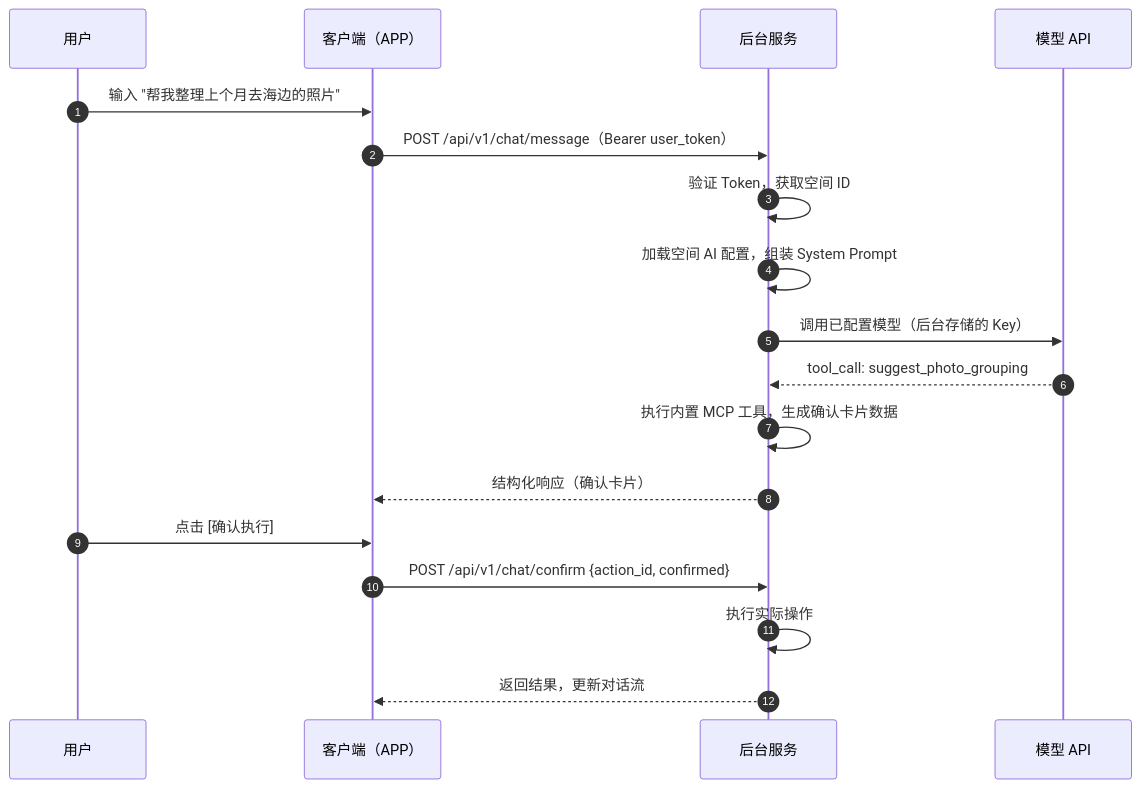
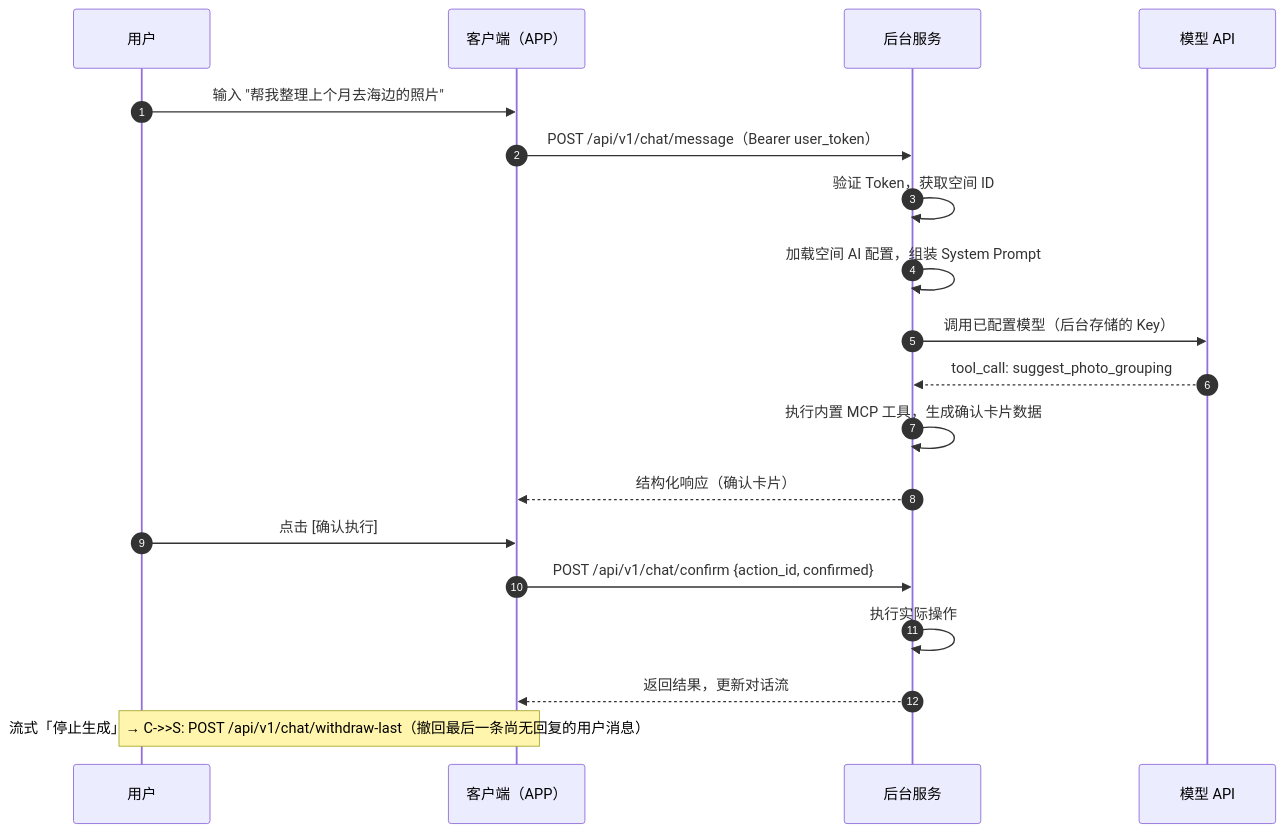
One commit to bookandmusic/love-life changed the fifth of 6 diagrams in docs/DESIGN.md. Above: the diagram before and after it, drawn with Mermaid. The commit also changed other lines of this file and 1 other file, not shown here.

````diff
--- a/docs/DESIGN.md
+++ b/docs/DESIGN.md
@@ -364,20 +364,21 @@
 ```mermaid
 sequenceDiagram
     autonumber
     participant U as 用户
     participant C as 客户端（APP）
     participant S as 后台服务
     participant M as 模型 API
     U->>C: 输入 "帮我整理上个月去海边的照片"
     C->>S: POST /api/v1/chat/message（Bearer user_token）
     S->>S: 验证 Token，获取空间 ID
     S->>S: 加载空间 AI 配置，组装 System Prompt
     S->>M: 调用已配置模型（后台存储的 Key）
     M-->>S: tool_call: suggest_photo_grouping
     S->>S: 执行内置 MCP 工具，生成确认卡片数据
     S-->>C: 结构化响应（确认卡片）
     U->>C: 点击 [确认执行]
     C->>S: POST /api/v1/chat/confirm {action_id, confirmed}
     S->>S: 执行实际操作
     S-->>C: 返回结果，更新对话流
+    Note over U,C: 流式「停止生成」→ C->>S: POST /api/v1/chat/withdraw-last（撤回最后一条尚无回复的用户消息）
 ```
````
